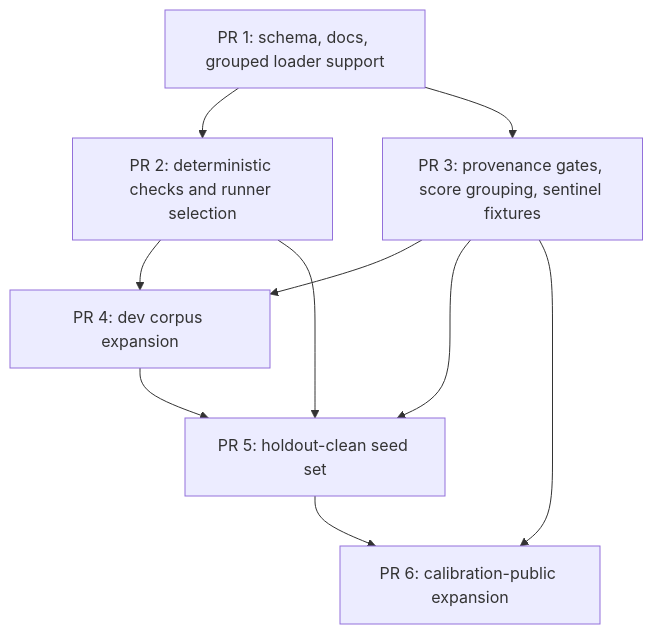
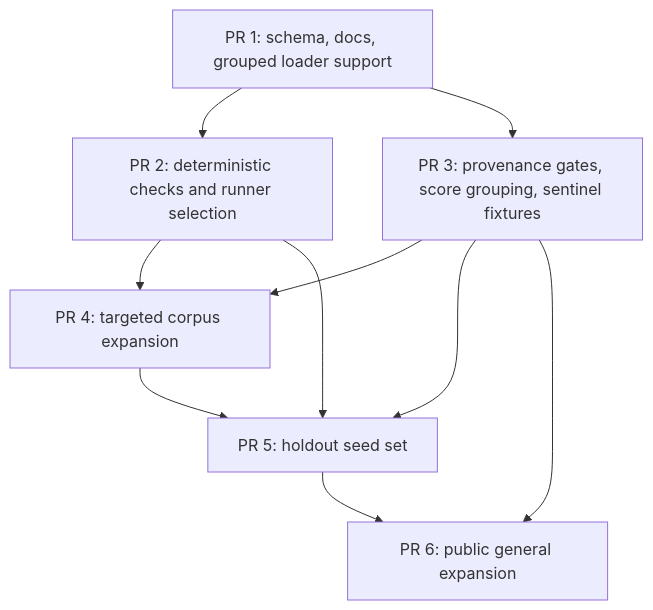
The diagram in docs/plans/eval-corpus-expansion.md (bigH/babulfish), drawn with Mermaid before and after one commit. The commit also changed other lines of this file and 203 other files, not shown here.

Commit message:
Rename eval splits to targeted general holdout

````diff
--- a/docs/plans/eval-corpus-expansion.md
+++ b/docs/plans/eval-corpus-expansion.md
@@ -410,12 +410,12 @@
 ```mermaid
 flowchart TD
   A["PR 1: schema, docs, grouped loader support"] --> B["PR 2: deterministic checks and runner selection"]
   A --> C["PR 3: provenance gates, score grouping, sentinel fixtures"]
-  B --> D["PR 4: dev corpus expansion"]
+  B --> D["PR 4: targeted corpus expansion"]
   C --> D
-  B --> E["PR 5: holdout-clean seed set"]
+  B --> E["PR 5: holdout seed set"]
   C --> E
   D --> E
-  C --> F["PR 6: calibration-public expansion"]
+  C --> F["PR 6: public general expansion"]
   E --> F
 ```
````
